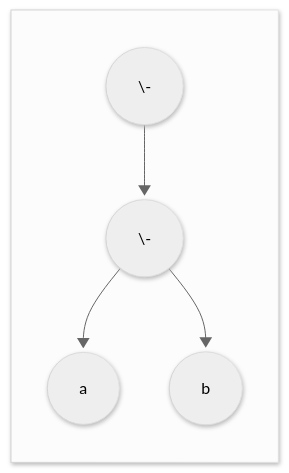
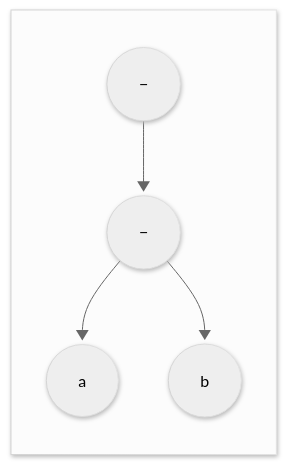
Before and after one commit to analog-system-compiler/asysc: the first of 5 diagrams in doc/asysc.adoc, drawn with Mermaid. The commit also changed other lines of this file, not shown here.

```diff
--- a/doc/asysc.adoc
+++ b/doc/asysc.adoc
@@ -25,15 +25,15 @@
 [mermaid, format=png, align="center"]
 ....
 ---
 config:
   theme: neutral
   look: neo
 ---
 flowchart TB
     subgraph a [ ]
     direction TB
-    A((\-)) --> B((\-))
+    A((−)) --> B((−))
     B --> C((a))
     B --> D((b))
     end
 ....
```
